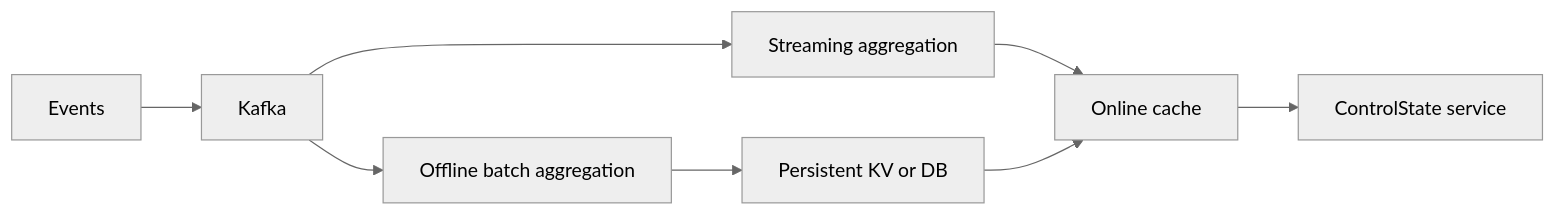
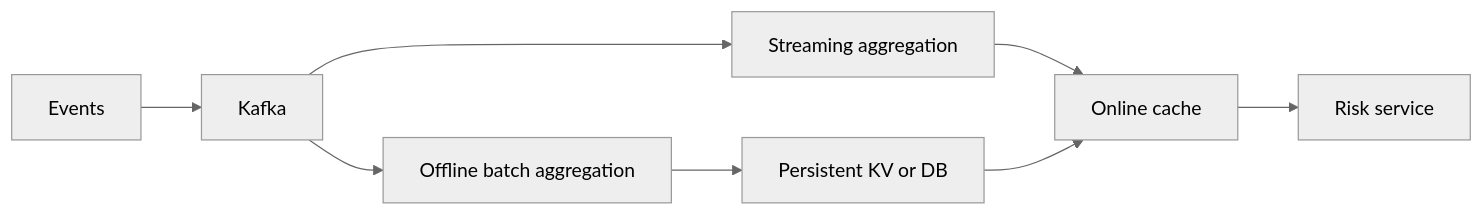
The first of 2 diagrams in docs/temporalstore_blog.md (matrixarkai/TemporalStore), drawn with Mermaid (neutral theme) before and after one commit. The commit also changed other lines of this file and 788 other files, not shown here.

````diff
--- a/docs/temporalstore_blog.md
+++ b/docs/temporalstore_blog.md
@@ -273,18 +273,18 @@
 ```mermaid
 flowchart LR
     Events["Events"]
     Kafka["Kafka"]
     Flink["Streaming aggregation"]
     Batch["Offline batch aggregation"]
     Redis["Online cache"]
     DB["Persistent KV or DB"]
-    Service["ControlState service"]
+    Service["Risk service"]
 
     Events --> Kafka
     Kafka --> Flink
     Kafka --> Batch
     Flink --> Redis
     Batch --> DB
     DB --> Redis
     Redis --> Service
 ```
````
